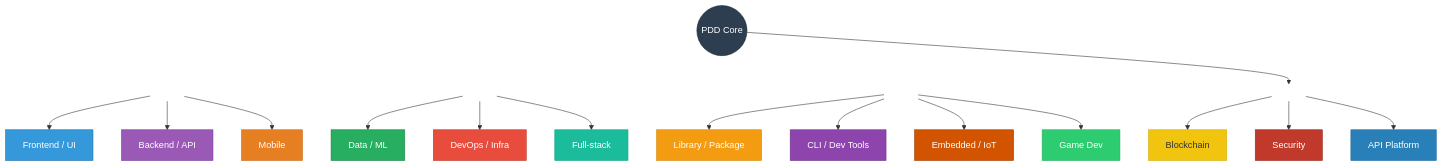
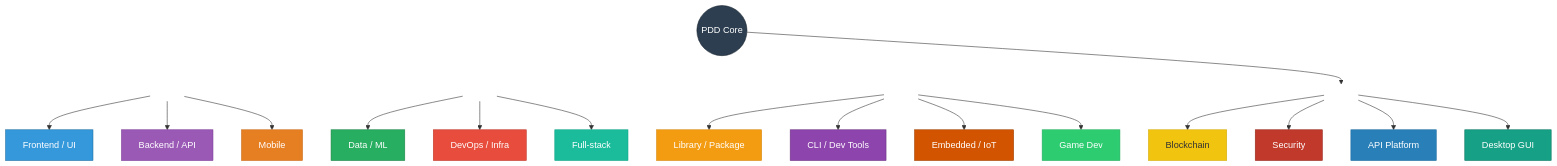
Before and after one commit to harshal2802/pdd-skill: the third of 5 diagrams in docs/philosophy.md, drawn with Mermaid. The commit also changed other lines of this file and 5 other files, not shown here.

Commit message:
Add Desktop / Native GUI project type flavor

````diff
--- a/docs/philosophy.md
+++ b/docs/philosophy.md
@@ -113,46 +113,48 @@
 ```mermaid
 graph TD
     PDD((PDD Core))
 
     PDD --> row1[ ] & row2[ ] & row3[ ] & row4[ ]
 
     row1 --> FE["Frontend / UI"]
     row1 --> BE["Backend / API"]
     row1 --> MO["Mobile"]
 
     row2 --> DA["Data / ML"]
     row2 --> DO["DevOps / Infra"]
     row2 --> FS["Full-stack"]
 
     row3 --> LB["Library / Package"]
     row3 --> CL["CLI / Dev Tools"]
     row3 --> EM["Embedded / IoT"]
     row3 --> GD["Game Dev"]
 
     row4 --> BC["Blockchain"]
     row4 --> SC["Security"]
     row4 --> AP["API Platform"]
+    row4 --> DG["Desktop GUI"]
 
     style row1 fill:none,stroke:none
     style row2 fill:none,stroke:none
     style row3 fill:none,stroke:none
     style row4 fill:none,stroke:none
     style PDD fill:#2c3e50,stroke:#1a252f,color:#fff
     style FE fill:#3498db,stroke:#2471a3,color:#fff
     style BE fill:#9b59b6,stroke:#7d3c98,color:#fff
     style MO fill:#e67e22,stroke:#ca6f1e,color:#fff
     style DA fill:#27ae60,stroke:#1e8449,color:#fff
     style DO fill:#e74c3c,stroke:#c0392b,color:#fff
     style FS fill:#1abc9c,stroke:#17a589,color:#fff
     style LB fill:#f39c12,stroke:#d68910,color:#fff
     style CL fill:#8e44ad,stroke:#6c3483,color:#fff
     style EM fill:#d35400,stroke:#a04000,color:#fff
     style GD fill:#2ecc71,stroke:#27ae60,color:#fff
     style BC fill:#f1c40f,stroke:#d4ac0d,color:#333
     style SC fill:#c0392b,stroke:#96281b,color:#fff
     style AP fill:#2980b9,stroke:#1f6da0,color:#fff
+    style DG fill:#16a085,stroke:#0e7a63,color:#fff
 
     linkStyle 0 stroke:none
     linkStyle 1 stroke:none
     linkStyle 2 stroke:none
 ```
````
